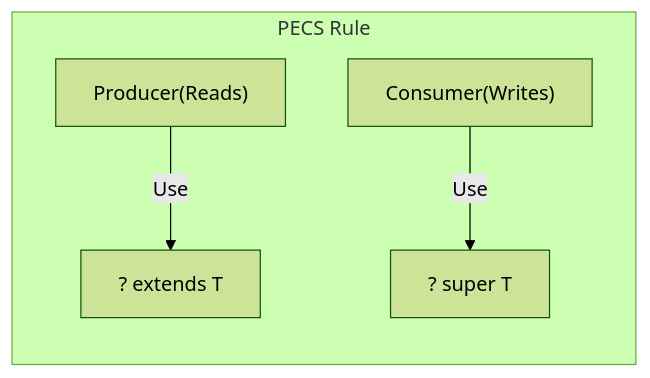
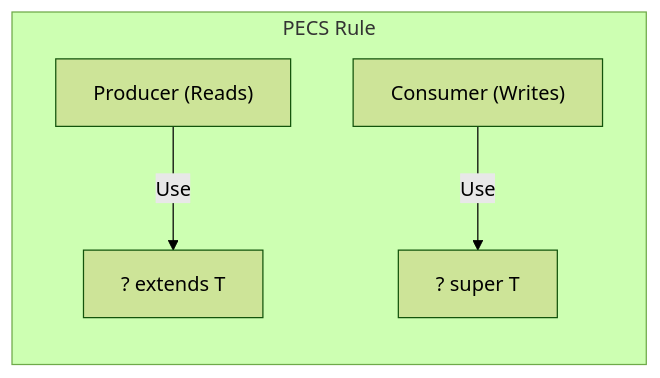
Before and after one commit to pploc/swe-icon-the-moment: the diagram in content/questions/language/java/java-generics-type-erasure.md, drawn with Mermaid (forest theme). The commit also changed 95 other files, not shown here.

Commit message:
fix: update the practice mode diagram bug not display

````diff
--- a/content/questions/language/java/java-generics-type-erasure.md
+++ b/content/questions/language/java/java-generics-type-erasure.md
@@ -81,9 +81,10 @@
 ```mermaid
 flowchart LR
     subgraph PECS Rule
-        Producer["Producer(Reads)"] -->|Use| Extends["? extends T"]
-        Consumer["Consumer(Writes)"] -->|Use| Super["? super T"]
+        Producer["Producer (Reads)"] -->|Use| Extends["? extends T"]
+        Consumer["Consumer (Writes)"] -->|Use| Super["? super T"]
     end
 
 
+
 ```
````
